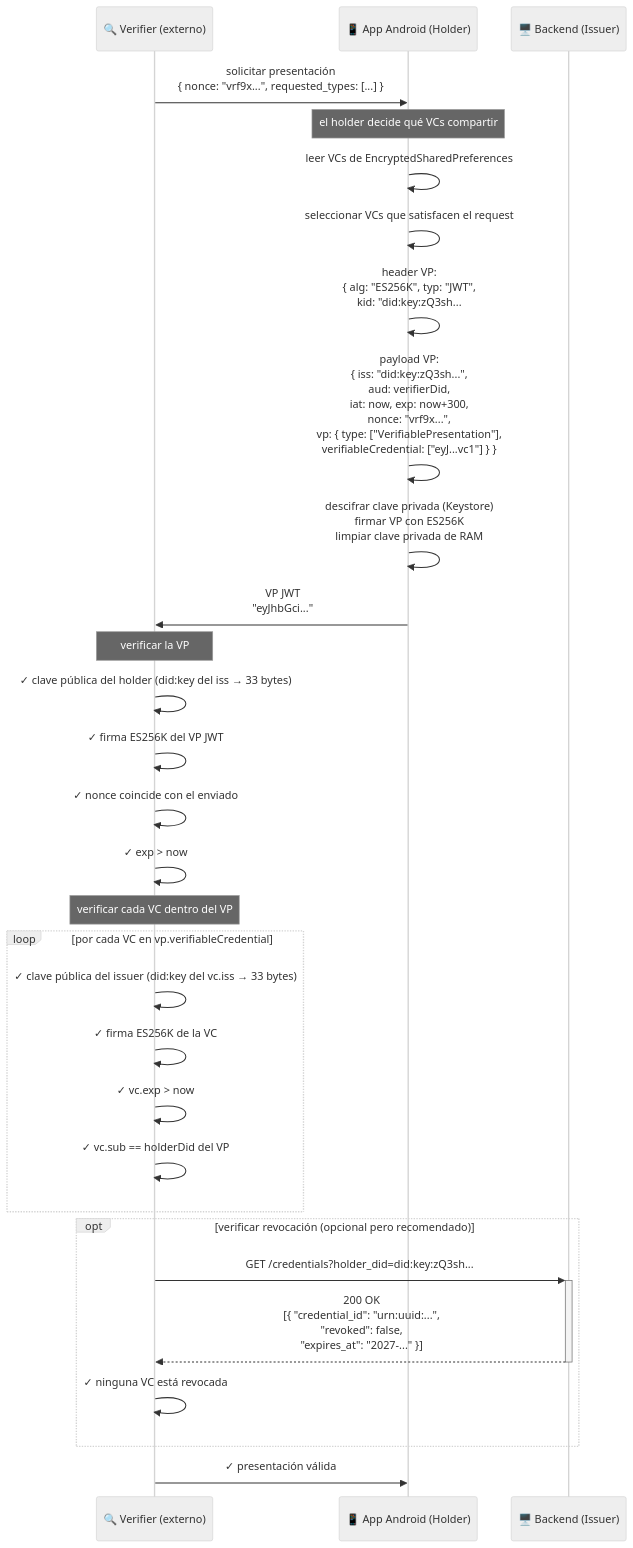
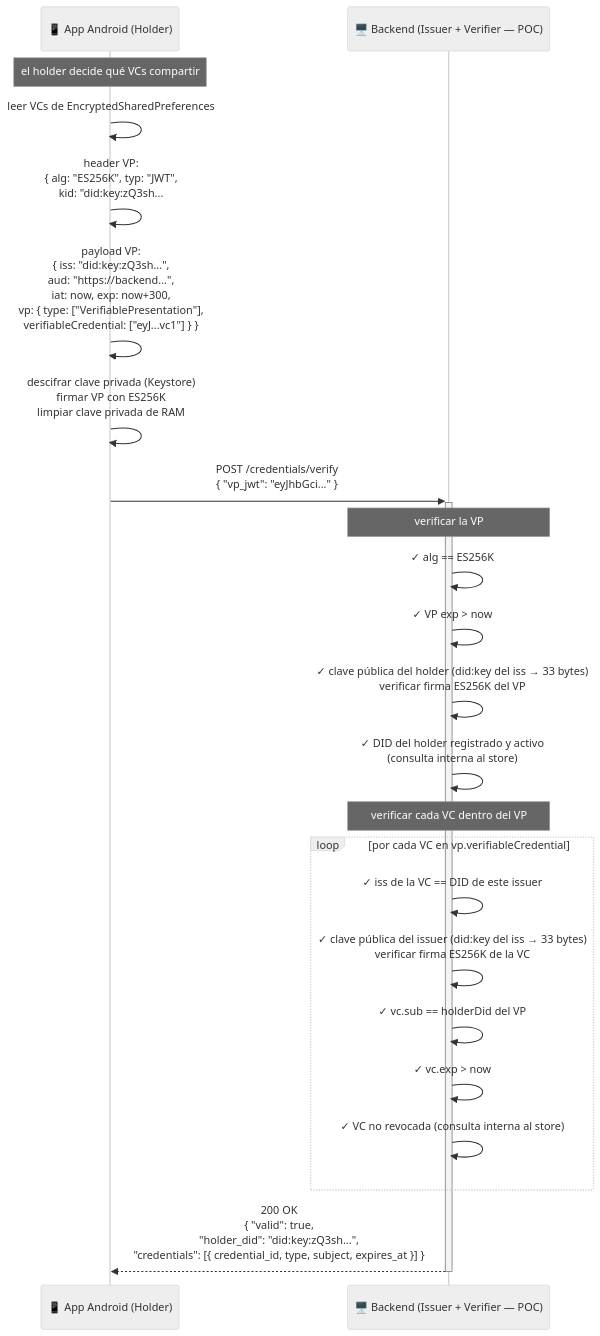
Before and after one commit to ricdex/did-example-android-backend: the third of 6 diagrams in README-flows.md, drawn with Mermaid (neutral theme). The commit also changed other lines of this file and 20 other files, not shown here.

````diff
--- a/README-flows.md
+++ b/README-flows.md
@@ -89,43 +91,34 @@
 ```mermaid
 sequenceDiagram
-    participant V as 🔍 Verifier (externo)
     participant A as 📱 App Android (Holder)
-    participant B as 🖥️ Backend (Issuer)
-
-    V->>A: solicitar presentación<br/>{ nonce: "vrf9x...", requested_types: [...] }
+    participant B as 🖥️ Backend (Issuer + Verifier — POC)
 
     Note over A: el holder decide qué VCs compartir
 
     A->>A: leer VCs de EncryptedSharedPreferences
-    A->>A: seleccionar VCs que satisfacen el request
-
     A->>A: header VP:<br/>{ alg: "ES256K", typ: "JWT",<br/>  kid: "did:key:zQ3sh...#zQ3sh..." }
-    A->>A: payload VP:<br/>{ iss: "did:key:zQ3sh...",<br/>  aud: verifierDid,<br/>  iat: now, exp: now+300,<br/>  nonce: "vrf9x...",<br/>  vp: { type: ["VerifiablePresentation"],<br/>        verifiableCredential: ["eyJ...vc1"] } }
+    A->>A: payload VP:<br/>{ iss: "did:key:zQ3sh...",<br/>  aud: "https://backend...",<br/>  iat: now, exp: now+300,<br/>  vp: { type: ["VerifiablePresentation"],<br/>        verifiableCredential: ["eyJ...vc1"] } }
     A->>A: descifrar clave privada (Keystore)<br/>firmar VP con ES256K<br/>limpiar clave privada de RAM
 
-    A->>V: VP JWT<br/>"eyJhbGci..."
+    A->>+B: POST /credentials/verify<br/>{ "vp_jwt": "eyJhbGci..." }
 
-    Note over V: verificar la VP
+    Note over B: verificar la VP
 
-    V->>V: ✓ clave pública del holder (did:key del iss → 33 bytes)
-    V->>V: ✓ firma ES256K del VP JWT
-    V->>V: ✓ nonce coincide con el enviado
-    V->>V: ✓ exp > now
+    B->>B: ✓ alg == ES256K
+    B->>B: ✓ VP exp > now
+    B->>B: ✓ clave pública del holder (did:key del iss → 33 bytes)<br/>  verificar firma ES256K del VP
 
-    Note over V: verificar cada VC dentro del VP
+    B->>B: ✓ DID del holder registrado y activo<br/>  (consulta interna al store)
+
+    Note over B: verificar cada VC dentro del VP
 
     loop por cada VC en vp.verifiableCredential
-        V->>V: ✓ clave pública del issuer (did:key del vc.iss → 33 bytes)
-        V->>V: ✓ firma ES256K de la VC
-        V->>V: ✓ vc.exp > now
-        V->>V: ✓ vc.sub == holderDid del VP
+        B->>B: ✓ iss de la VC == DID de este issuer
+        B->>B: ✓ clave pública del issuer (did:key del iss → 33 bytes)<br/>  verificar firma ES256K de la VC
+        B->>B: ✓ vc.sub == holderDid del VP
+        B->>B: ✓ vc.exp > now
+        B->>B: ✓ VC no revocada (consulta interna al store)
     end
 
-    opt verificar revocación (opcional pero recomendado)
-        V->>+B: GET /credentials?holder_did=did:key:zQ3sh...
-        B-->>-V: 200 OK<br/>[{ "credential_id": "urn:uuid:...",<br/>   "revoked": false,<br/>   "expires_at": "2027-..." }]
-        V->>V: ✓ ninguna VC está revocada
-    end
-
-    V->>A: ✓ presentación válida
+    B-->>-A: 200 OK<br/>{ "valid": true,<br/>  "holder_did": "did:key:zQ3sh...",<br/>  "credentials": [{ credential_id, type, subject, expires_at }] }
 ```
````
